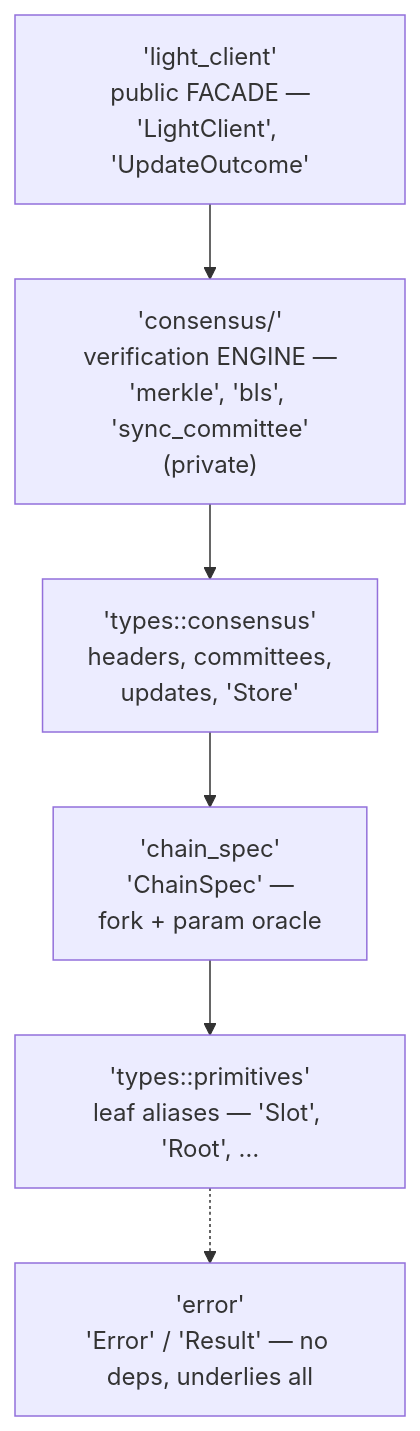
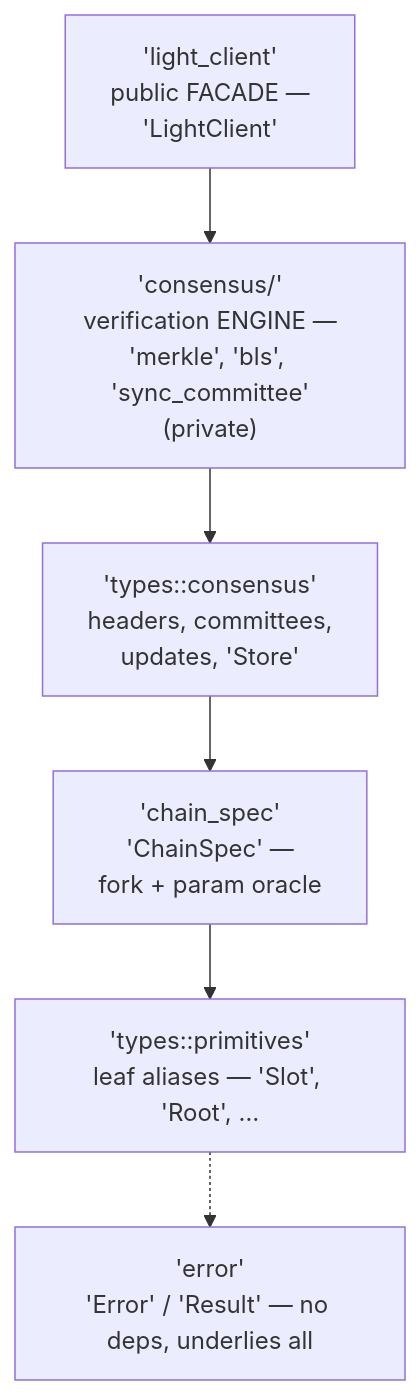
Before and after one commit to EchoAlice/eth-light-client: the first of 2 diagrams in src/README.md, drawn with Mermaid. The commit also changed other lines of this file and 5 other files, not shown here.

First line of the commit message:
api: UpdateOutcome enum deletes; UpdateChanges is the public receipt (#157)

````diff
--- a/src/README.md
+++ b/src/README.md
@@ -9,12 +9,12 @@
 ```mermaid
 flowchart TD
-    fac["'light_client'<br/>public FACADE —<br/>'LightClient', 'UpdateOutcome'"]
+    fac["'light_client'<br/>public FACADE —<br/>'LightClient'"]
     eng["'consensus/'<br/>verification ENGINE —<br/>'merkle', 'bls', 'sync_committee'<br/>(private)"]
     ct["'types::consensus'<br/>headers, committees,<br/>updates, 'Store'"]
     cfg["'chain_spec'<br/>'ChainSpec' —<br/>fork + param oracle"]
     prim["'types::primitives'<br/>leaf aliases — 'Slot', 'Root', …"]
     err["'error'<br/>'Error' / 'Result' — no deps, underlies all"]
 
     fac --> eng --> ct --> cfg --> prim
     prim -.-> err
 ```
````
